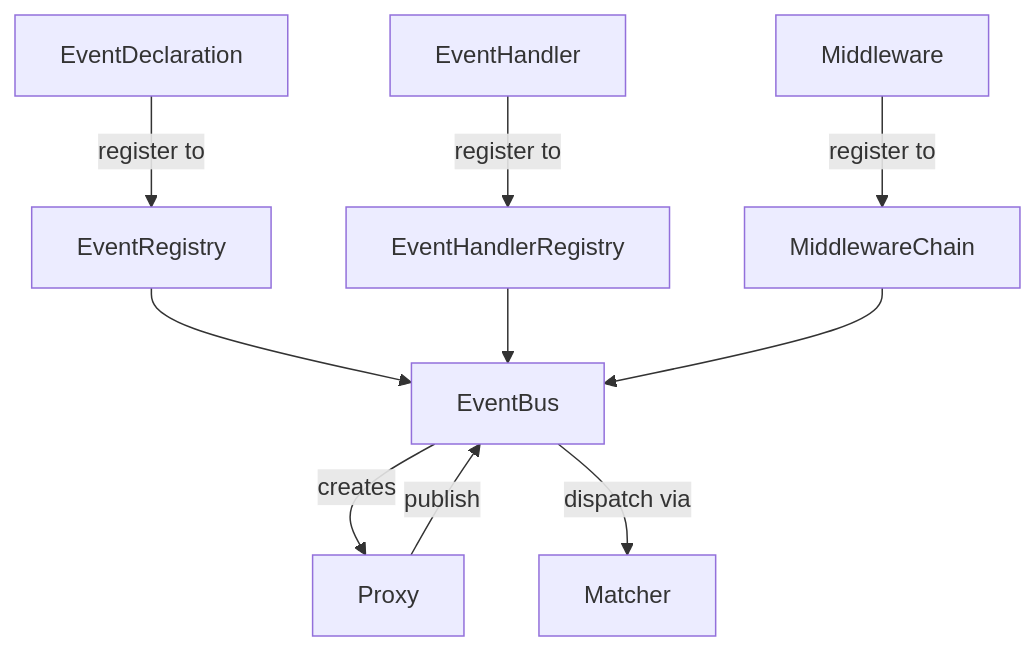
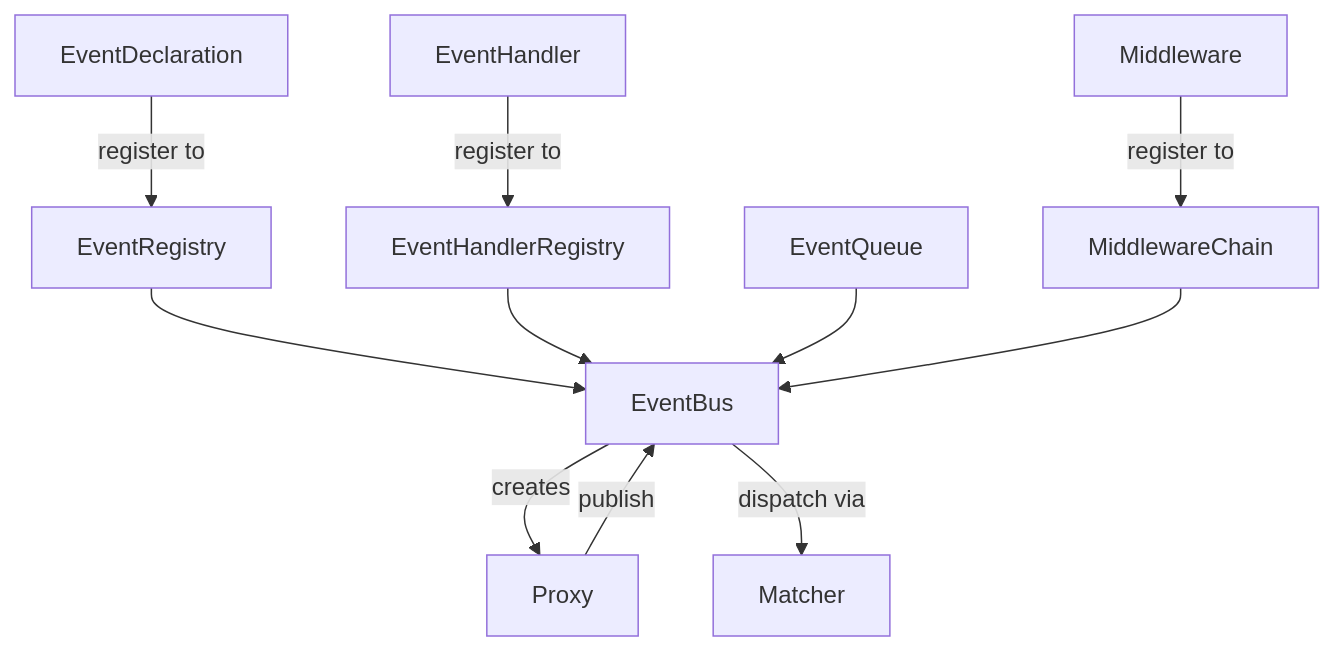
Before and after one commit to yinbailiang/event_bus: the diagram in docs/en-us/event_bus.md, drawn with Mermaid. The commit also changed other lines of this file and 28 other files, not shown here.

First line of the commit message:
feat(queue): extract EventQueue abstraction with injectable bus queue (breaking)

````diff
--- a/docs/en-us/event_bus.md
+++ b/docs/en-us/event_bus.md
@@ -27,12 +28,13 @@
 ```mermaid
 graph TD
     ED[EventDeclaration] -->|register to| ER[EventRegistry]
     EH[EventHandler] -->|register to| HR[EventHandlerRegistry]
     MW[Middleware] -->|register to| MC[MiddlewareChain]
     ER --> EB[EventBus]
     HR --> EB
+    Q[EventQueue] --> EB
     MC --> EB
     EB -->|creates| P[Proxy]
     P -->|publish| EB
     EB -->|dispatch via| M[Matcher]
 ```
````
